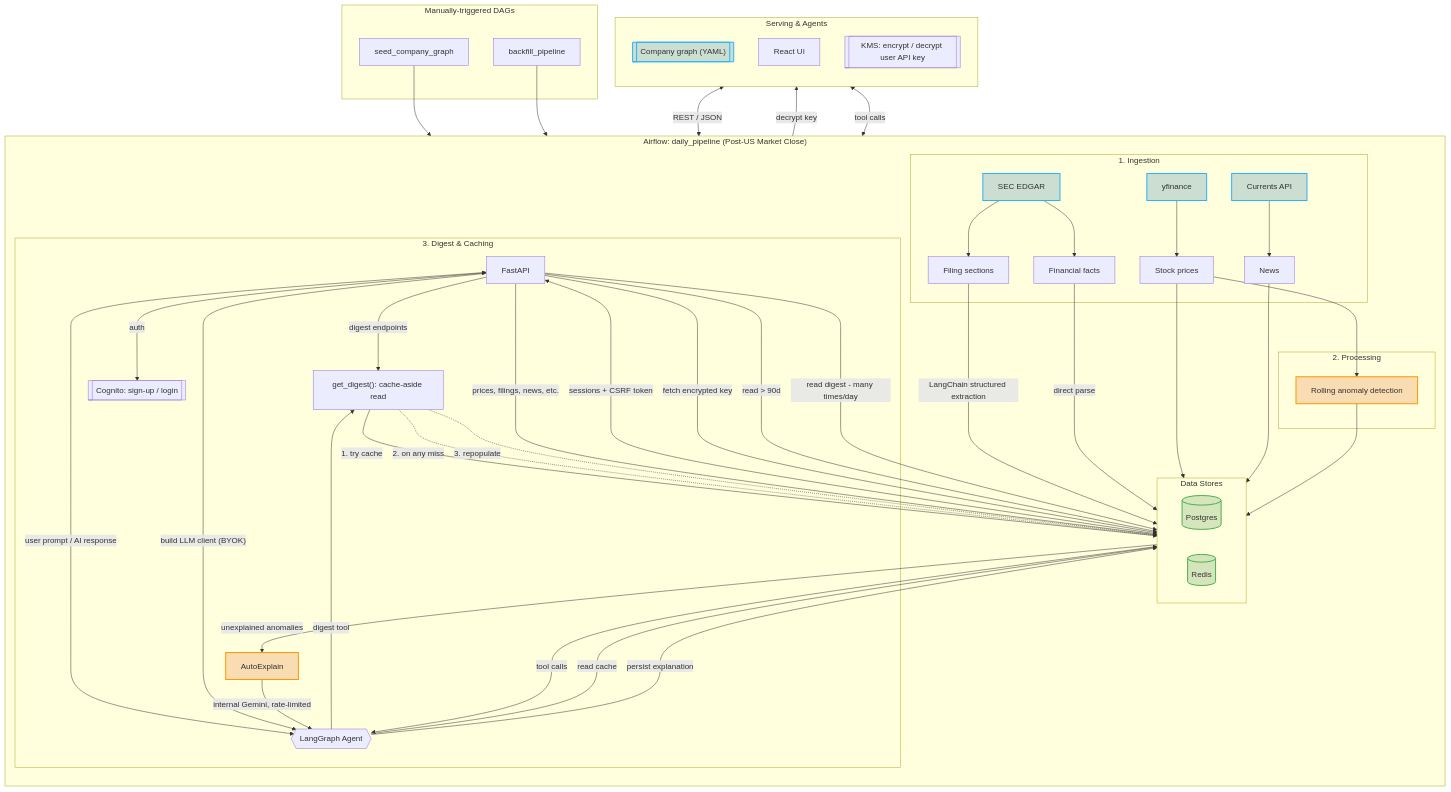
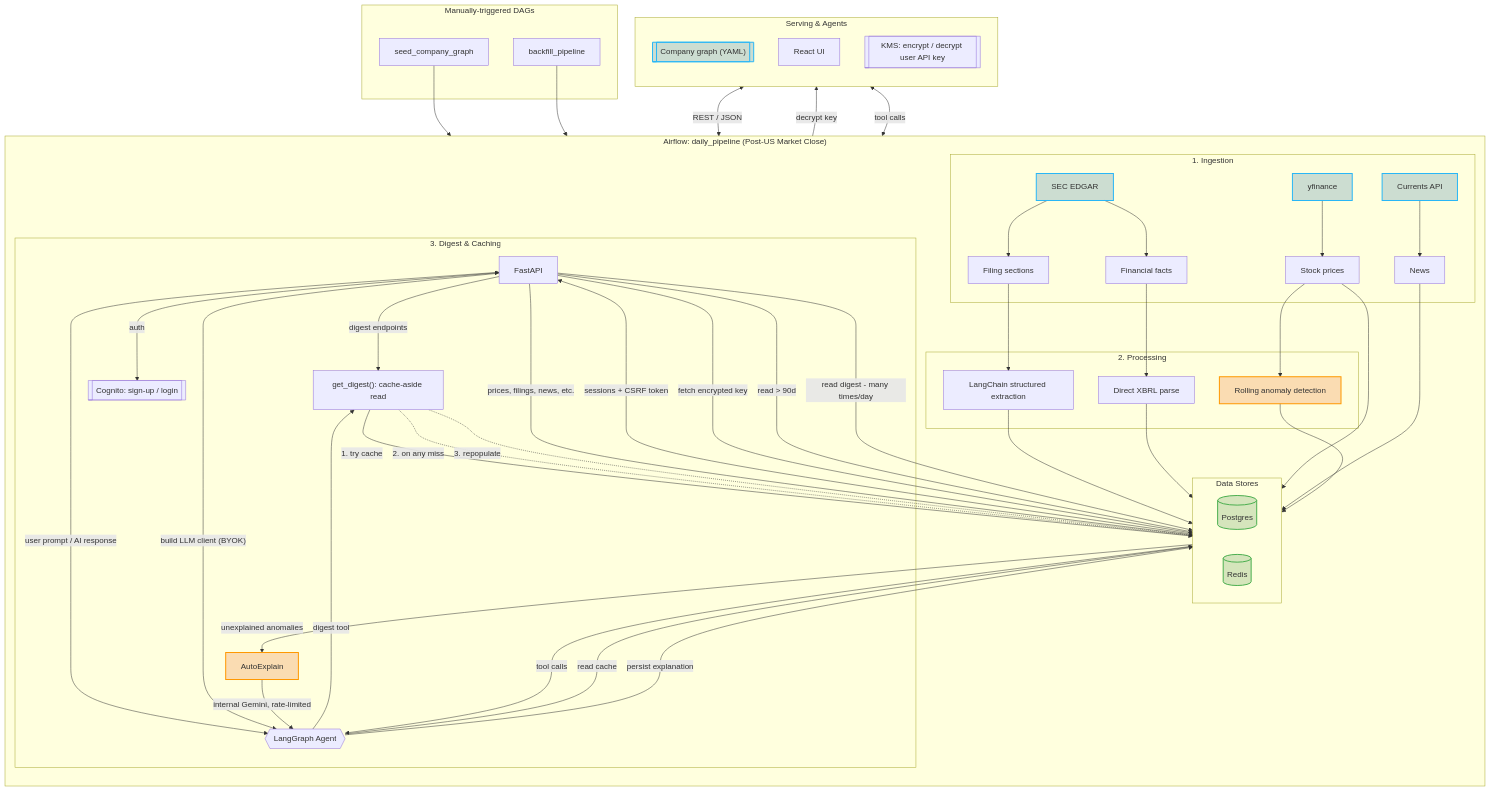
The first of 2 diagrams in README.md (RuiDavid5b/yield-line), drawn with Mermaid before and after one commit.

Commit message:
update diagram

```diff
--- a/README.md
+++ b/README.md
@@ -82,11 +82,15 @@
         end
 
         subgraph Processing["2. Processing"]
-            Sections -->|"LangChain structured extraction"| PG
-            XBRL -->|"direct parse"| PG
+            Extract["LangChain structured extraction"]
+            Parse["Direct XBRL parse"]
+            Rolling["Rolling anomaly detection"]
+
+            Sections --> Extract --> PG
+            XBRL --> Parse --> PG
             Prices --> PG
             NewsData --> PG
-            Prices --> Rolling[Rolling anomaly detection] --> PG
+            Prices --> Rolling --> PG
         end
 
         subgraph Analytics["3. Digest & Caching"]
```
